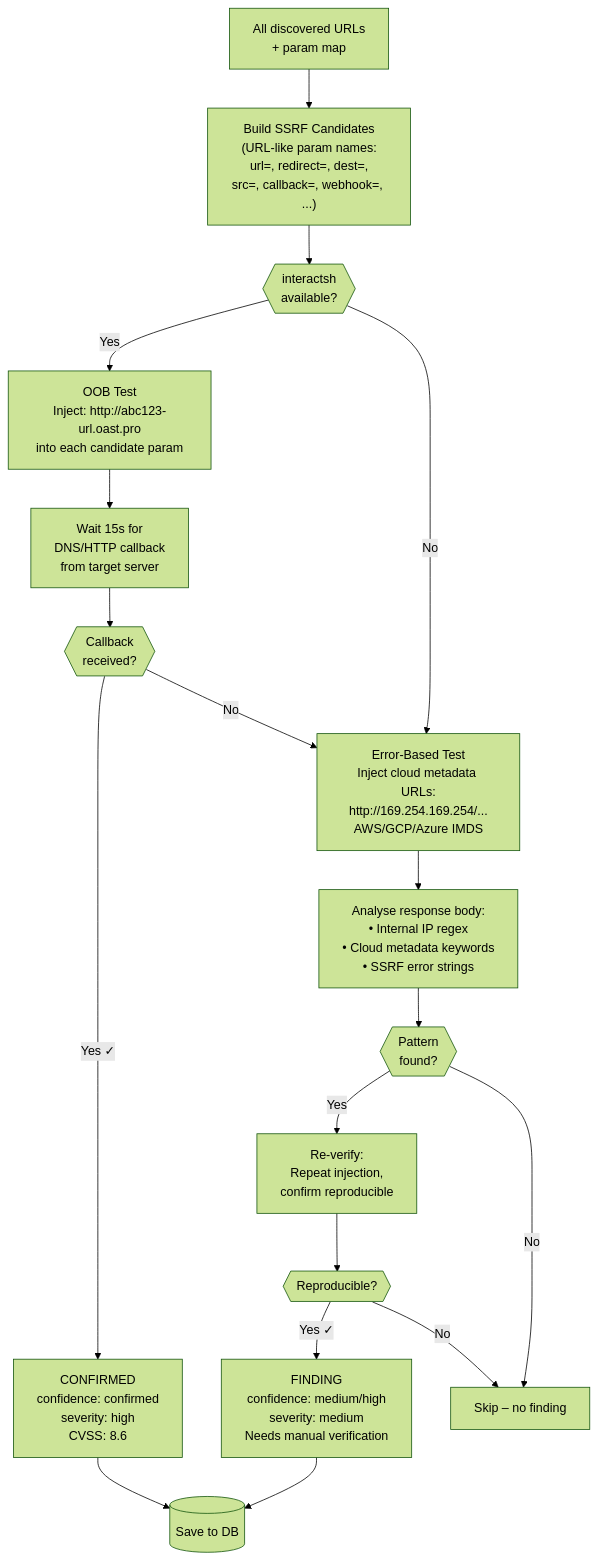
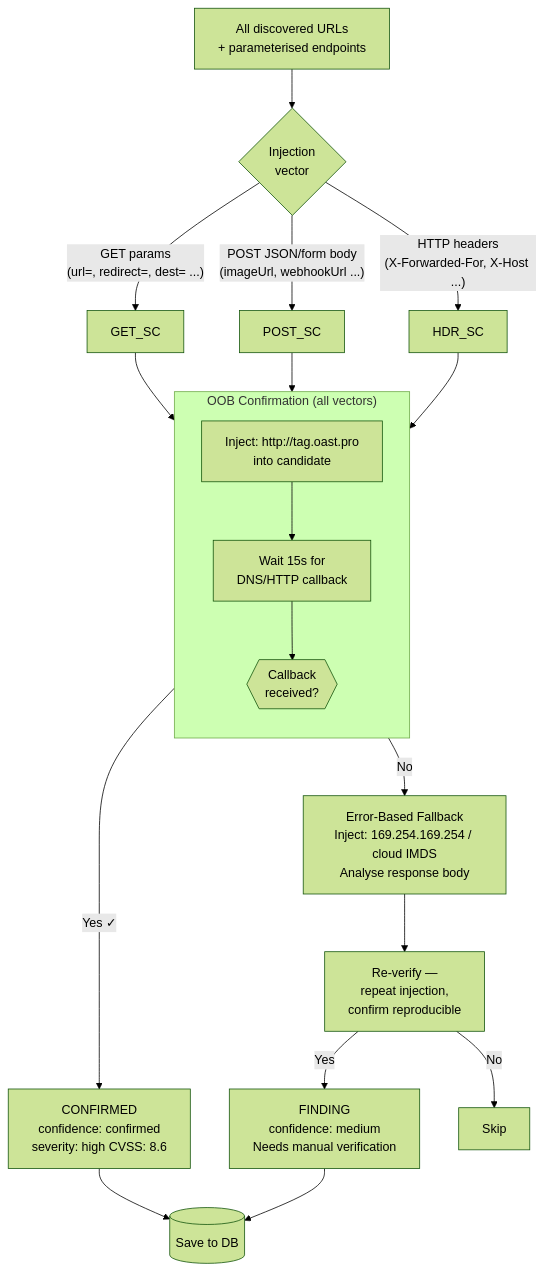
Before and after one commit to chegelawrence/liminal: the fourth of 11 diagrams in README.md, drawn with Mermaid (forest theme). The commit also changed other lines of this file and 14 other files, not shown here.

````diff
--- a/README.md
+++ b/README.md
@@ -193,30 +274,29 @@
 ```mermaid
 flowchart TD
-    START["All discovered URLs\n+ param map"] --> CAND
+    START["All discovered URLs\n+ parameterised endpoints"] --> VECTOR
 
-    CAND["Build SSRF Candidates\n(URL-like param names:\nurl=, redirect=, dest=,\nsrc=, callback=, webhook=, ...)"]
+    VECTOR{"Injection\nvector"}
 
-    CAND --> OOB_CHECK{{"interactsh\navailable?"}}
+    VECTOR -->|"GET params\n(url=, redirect=, dest= ...)"| GET_SC
+    VECTOR -->|"POST JSON/form body\n(imageUrl, webhookUrl ...)"| POST_SC
+    VECTOR -->|"HTTP headers\n(X-Forwarded-For, X-Host ...)"| HDR_SC
 
-    OOB_CHECK -->|Yes| OOB["OOB Test\nInject: http://abc123-url.oast.pro\ninto each candidate param"]
-    OOB_CHECK -->|No| ERR["Error-Based Test\nInject cloud metadata URLs:\nhttp://169.254.169.254/...\nAWS/GCP/Azure IMDS"]
+    subgraph OOB_FLOW["OOB Confirmation (all vectors)"]
+        direction TB
+        INJECT["Inject: http://tag.oast.pro\ninto candidate"]
+        WAIT["Wait 15s for\nDNS/HTTP callback"]
+        GOT{{"Callback\nreceived?"}}
+        INJECT --> WAIT --> GOT
+    end
 
-    OOB --> WAIT["Wait 15s for\nDNS/HTTP callback\nfrom target server"]
-    WAIT --> GOT_CB{{"Callback\nreceived?"}}
+    GET_SC & POST_SC & HDR_SC --> OOB_FLOW
 
-    GOT_CB -->|Yes ✓| CONFIRM["CONFIRMED\nconfidence: confirmed\nseverity: high\nCVSS: 8.6"]
-    GOT_CB -->|No| ERR
-
-    ERR --> RESP_ANALYSIS["Analyse response body:\n• Internal IP regex\n• Cloud metadata keywords\n• SSRF error strings"]
-    RESP_ANALYSIS --> FOUND{{"Pattern\nfound?"}}
-
-    FOUND -->|Yes| VERIFY["Re-verify:\nRepeat injection,\nconfirm reproducible"]
-    FOUND -->|No| SKIP["Skip – no finding"]
-
-    VERIFY --> REPRO{{"Reproducible?"}}
-    REPRO -->|Yes ✓| MEDIUM["FINDING\nconfidence: medium/high\nseverity: medium\nNeeds manual verification"]
-    REPRO -->|No| SKIP
+    GOT -->|"Yes ✓"| CONFIRM["CONFIRMED\nconfidence: confirmed\nseverity: high  CVSS: 8.6"]
+    GOT -->|"No"| ERR_BASED["Error-Based Fallback\nInject: 169.254.169.254 / cloud IMDS\nAnalyse response body"]
+    ERR_BASED --> REPRO["Re-verify —\nrepeat injection,\nconfirm reproducible"]
+    REPRO -->|"Yes"| MEDIUM["FINDING\nconfidence: medium\nNeeds manual verification"]
+    REPRO -->|"No"| SKIP["Skip"]
 
     CONFIRM --> DB[("Save to DB")]
     MEDIUM --> DB
 ```
````
